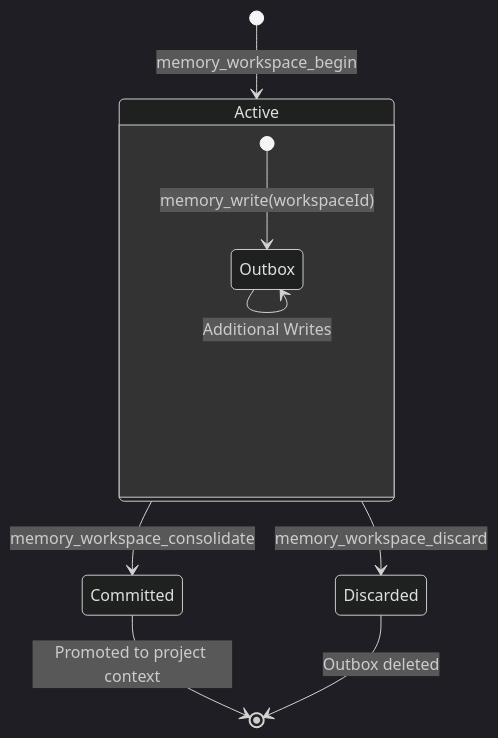
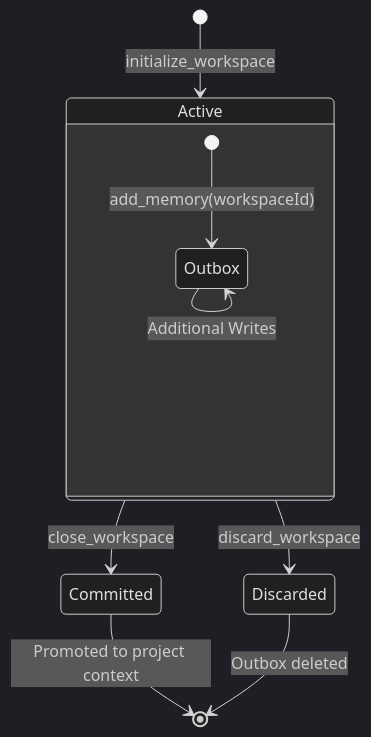
Before and after one commit to Arasz/ai-raccoon: the third of 6 diagrams in docs/explanation/agent-memory-capabilities.md, drawn with Mermaid (dark theme). The commit also changed other lines of this file and 229 other files, not shown here.

````diff
--- a/docs/explanation/agent-memory-capabilities.md
+++ b/docs/explanation/agent-memory-capabilities.md
@@ -67,15 +67,15 @@
 ```mermaid
 stateDiagram-v2
-    [*] --> Active: memory_workspace_begin
+    [*] --> Active: initialize_workspace
     
     state Active {
-        [*] --> Outbox: memory_write(workspaceId)
+        [*] --> Outbox: add_memory(workspaceId)
         Outbox --> Outbox: Additional Writes
     }
     
-    Active --> Committed: memory_workspace_consolidate
-    Active --> Discarded: memory_workspace_discard
+    Active --> Committed: close_workspace
+    Active --> Discarded: discard_workspace
     
     Committed --> [*]: Promoted to project context
     Discarded --> [*]: Outbox deleted
 ```
````
